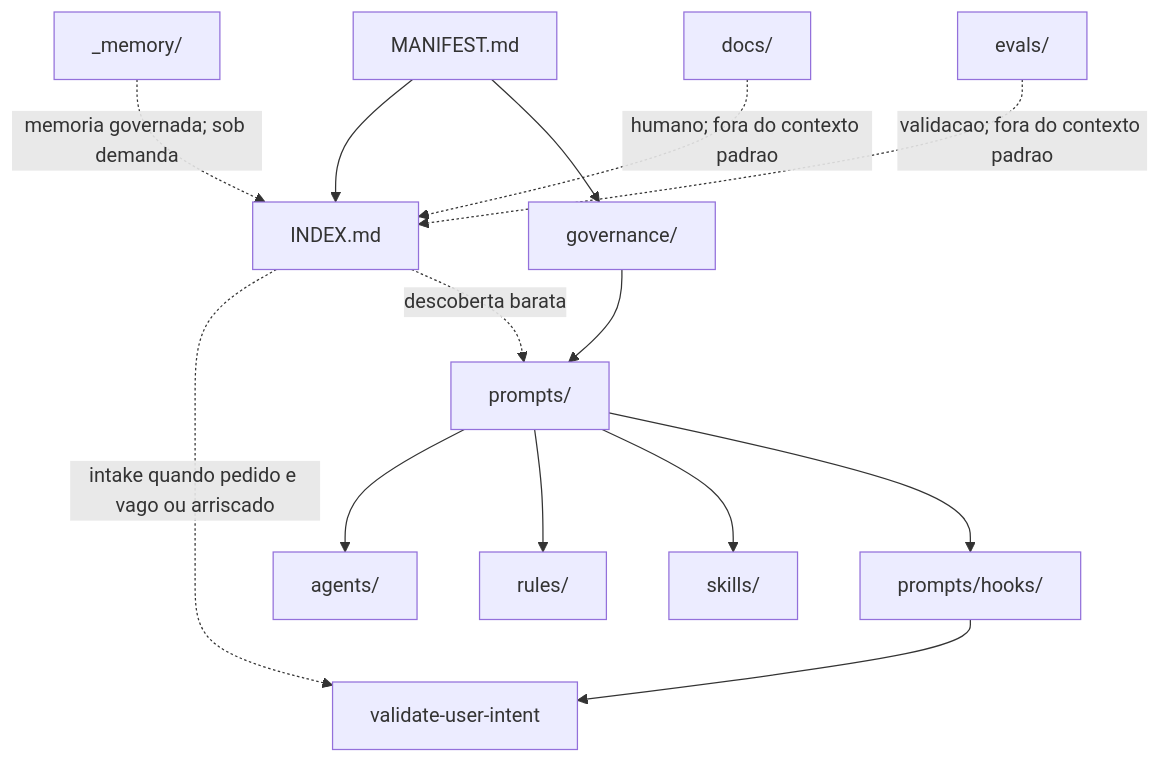
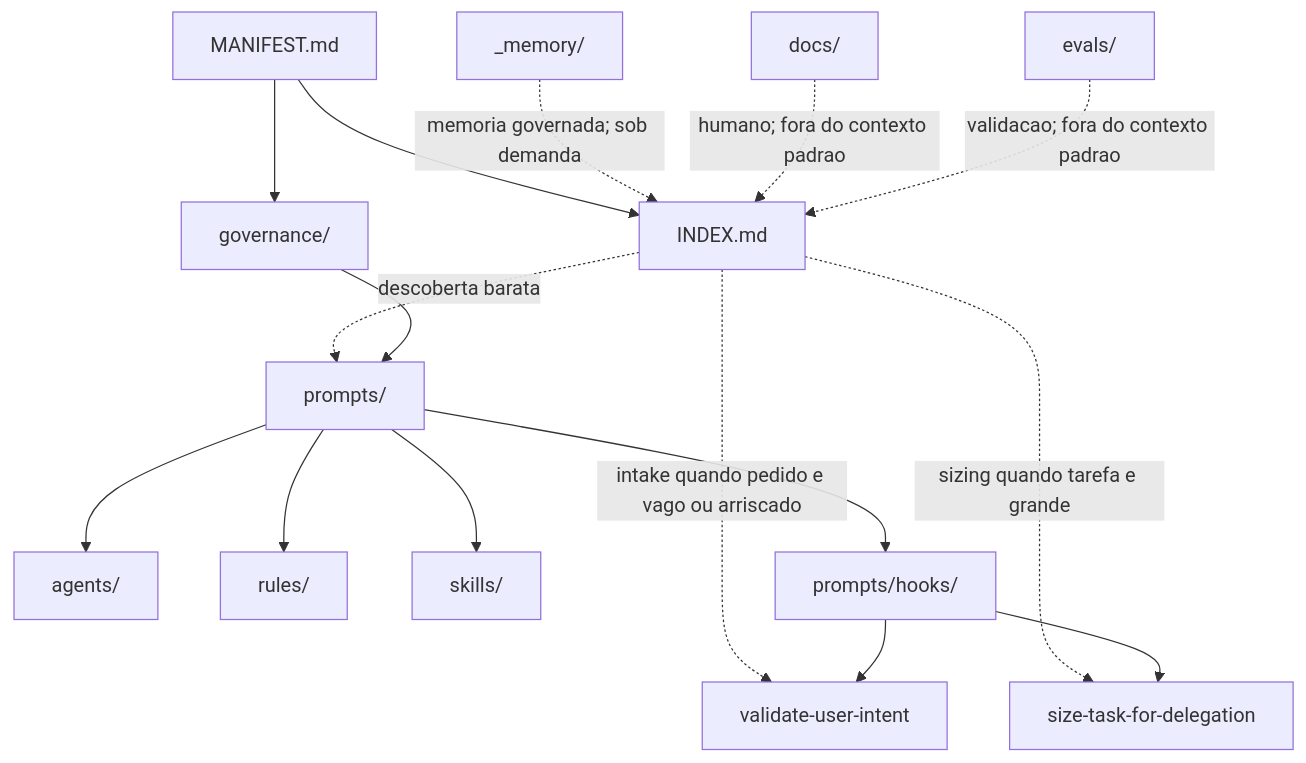
One commit to moreira-and/agent-ops changed the diagram in README.md. Above: the diagram before and after it, drawn with Mermaid. The commit also changed other lines of this file and 19 other files, not shown here.

````diff
--- a/README.md
+++ b/README.md
@@ -38,16 +44,18 @@
 ```mermaid
 flowchart TD
     manifest["MANIFEST.md"] --> index["INDEX.md"]
     manifest --> governance["governance/"]
     index -. "intake quando pedido e vago ou arriscado" .-> intake["validate-user-intent"]
+    index -. "sizing quando tarefa e grande" .-> sizing["size-task-for-delegation"]
     index -. "descoberta barata" .-> prompts["prompts/"]
     governance --> prompts
     prompts --> agents["agents/"]
     prompts --> rules["rules/"]
     prompts --> skills["skills/"]
     prompts --> hooks["prompts/hooks/"]
     hooks --> intake
+    hooks --> sizing
     memory["_memory/"] -. "memoria governada; sob demanda" .-> index
     docs["docs/"] -. "humano; fora do contexto padrao" .-> index
     evals["evals/"] -. "validacao; fora do contexto padrao" .-> index
 ```
````
